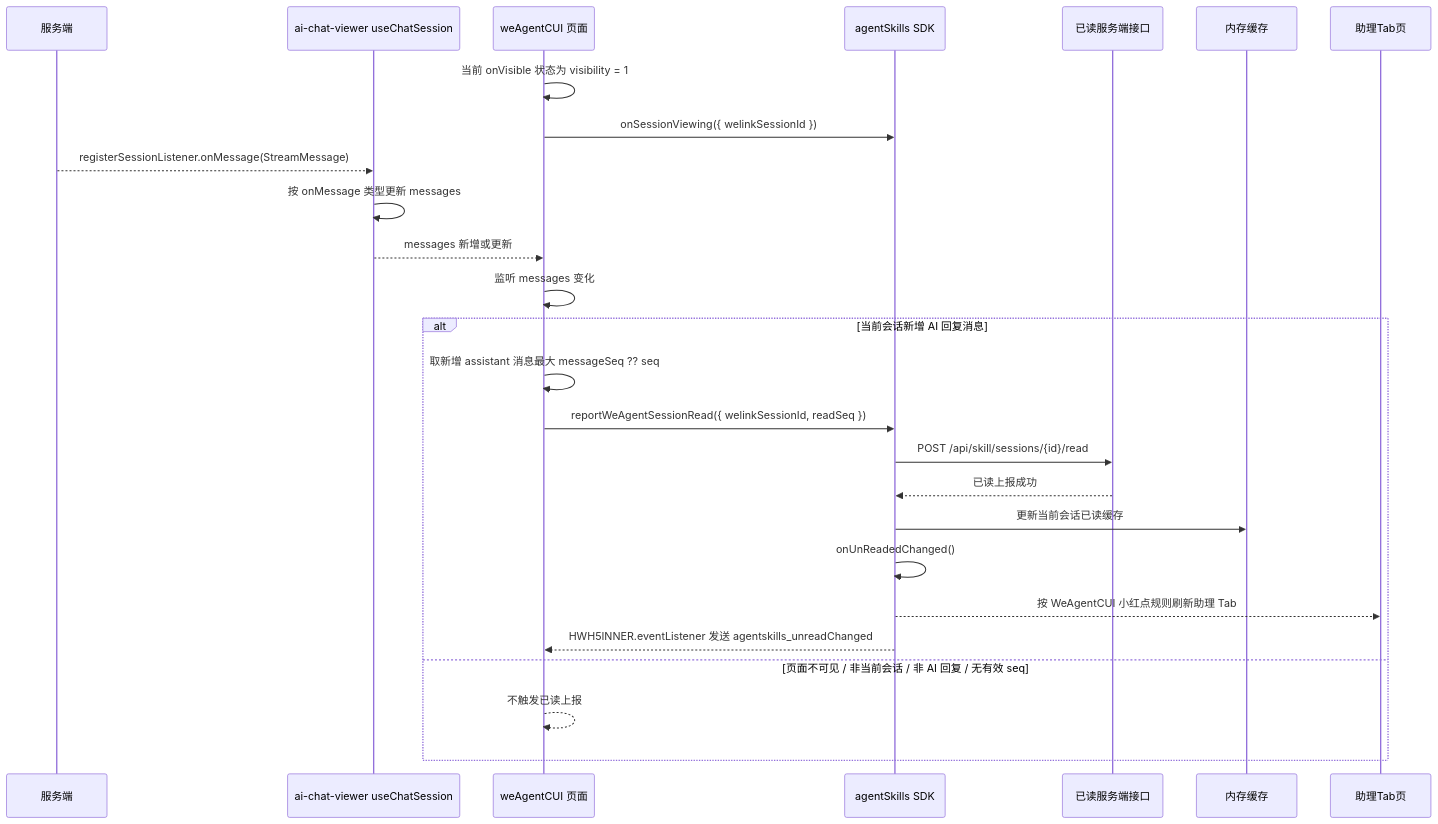
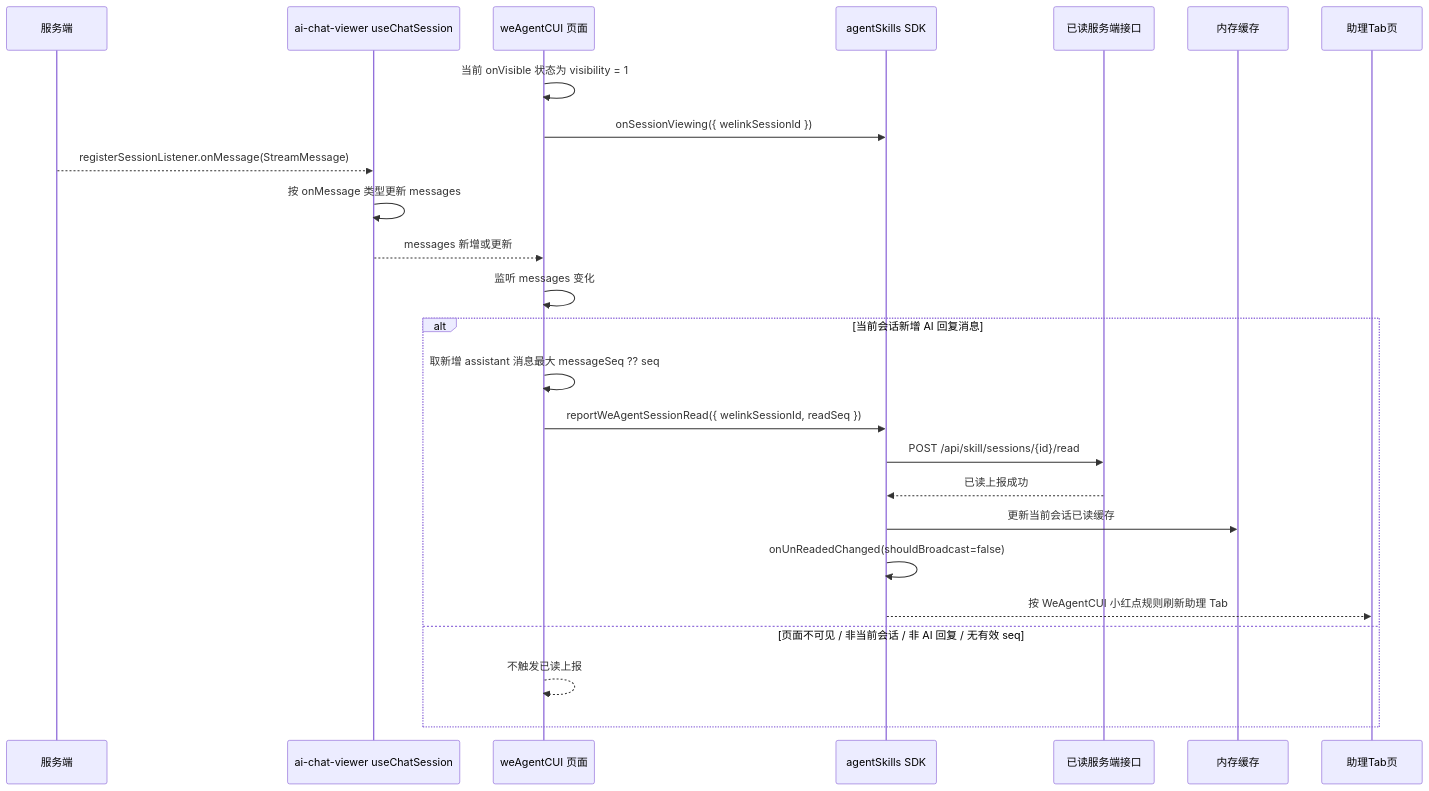
The ninth of 10 diagrams in 2026-06-11-we-agent-tab-unread-red-dot-plan.md (Abelsjcheng/skillSDK), drawn with Mermaid before and after one commit. The commit also changed other lines of this file, not shown here.

````diff
--- a/2026-06-11-we-agent-tab-unread-red-dot-plan.md
+++ b/2026-06-11-we-agent-tab-unread-red-dot-plan.md
@@ -376,29 +381,28 @@
 ```mermaid
 sequenceDiagram
     participant Server as 服务端
     participant Hook as ai-chat-viewer useChatSession
     participant CUI as weAgentCUI 页面
     participant SDK as agentSkills SDK
     participant ReadServer as 已读服务端接口
     participant Memory as 内存缓存
     participant Tab as 助理Tab页
 
     CUI->>CUI: 当前 onVisible 状态为 visibility = 1
     CUI->>SDK: onSessionViewing({ welinkSessionId })
     Server-->>Hook: registerSessionListener.onMessage(StreamMessage)
     Hook->>Hook: 按 onMessage 类型更新 messages
     Hook-->>CUI: messages 新增或更新
     CUI->>CUI: 监听 messages 变化
     alt 当前会话新增 AI 回复消息
         CUI->>CUI: 取新增 assistant 消息最大 messageSeq ?? seq
         CUI->>SDK: reportWeAgentSessionRead({ welinkSessionId, readSeq })
         SDK->>ReadServer: POST /api/skill/sessions/{id}/read
         ReadServer-->>SDK: 已读上报成功
         SDK->>Memory: 更新当前会话已读缓存
-        SDK->>SDK: onUnReadedChanged()
+        SDK->>SDK: onUnReadedChanged(shouldBroadcast=false)
         SDK-->>Tab: 按 WeAgentCUI 小红点规则刷新助理 Tab
-        SDK-->>CUI: HWH5INNER.eventListener 发送 agentskills_unreadChanged
     else 页面不可见 / 非当前会话 / 非 AI 回复 / 无有效 seq
         CUI-->>CUI: 不触发已读上报
     end
 ```
````
